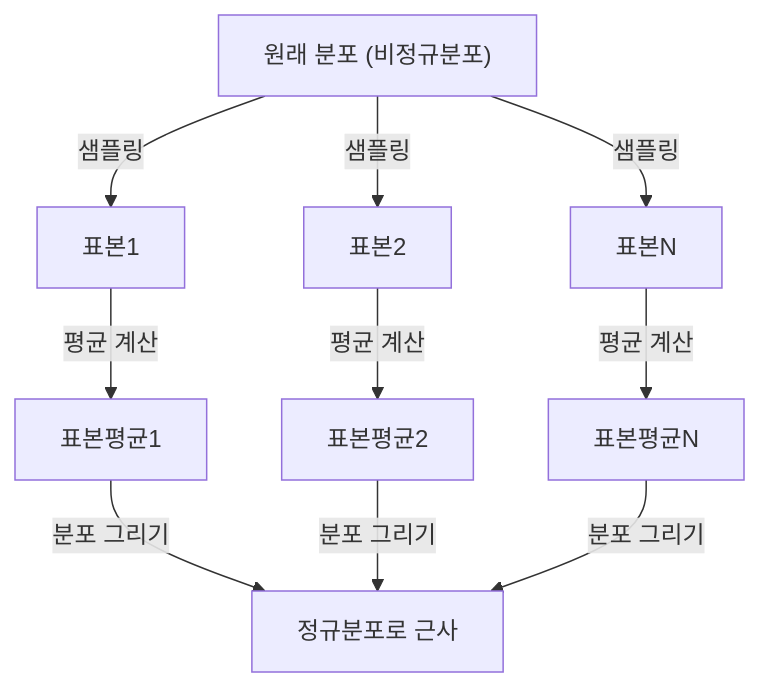
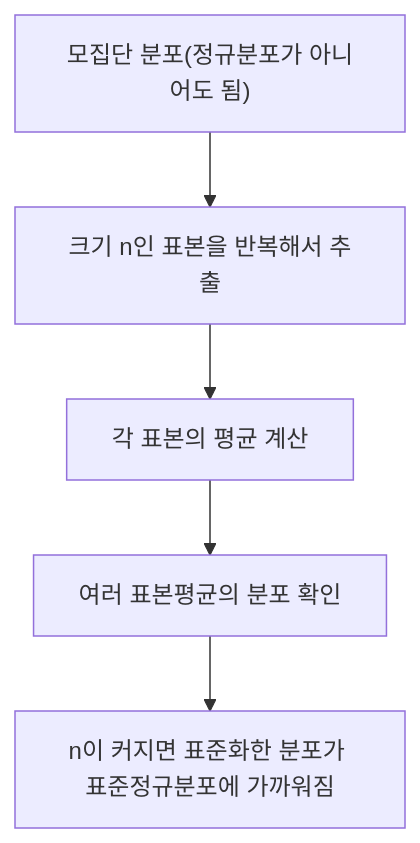
The diagram in content/post/central-limit-theorem/index.ko.md (kenjinote/blog), drawn with Mermaid before and after one commit. The commit also changed other lines of this file and 15 other files, not shown here.

````diff
--- a/content/post/central-limit-theorem/index.ko.md
+++ b/content/post/central-limit-theorem/index.ko.md
@@ -44,12 +44,7 @@
 ```mermaid
 graph TD
-    A["원래 분포 (비정규분포)"] -->|"샘플링"| B["표본1"]
-    A -->|"샘플링"| C["표본2"]
-    A -->|"샘플링"| D["표본N"]
-    B -->|"평균 계산"| E["표본평균1"]
-    C -->|"평균 계산"| F["표본평균2"]
-    D -->|"평균 계산"| G["표본평균N"]
-    E -->|"분포 그리기"| H["정규분포로 근사"]
-    F -->|"분포 그리기"| H
-    G -->|"분포 그리기"| H
+    A["모집단 분포(정규분포가 아니어도 됨)"] --> B["크기 n인 표본을 반복해서 추출"]
+    B --> C["각 표본의 평균 계산"]
+    C --> D["여러 표본평균의 분포 확인"]
+    D --> E["n이 커지면 표준화한 분포가 표준정규분포에 가까워짐"]
 ```
````
